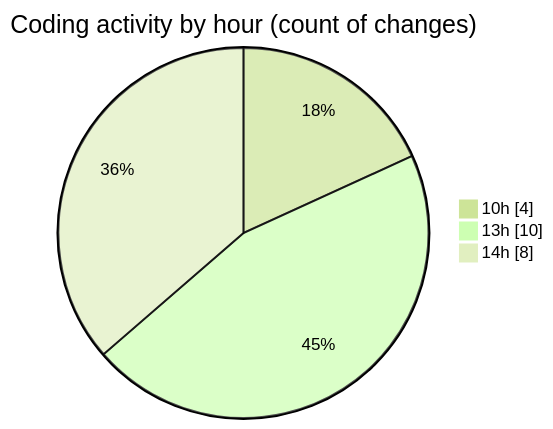
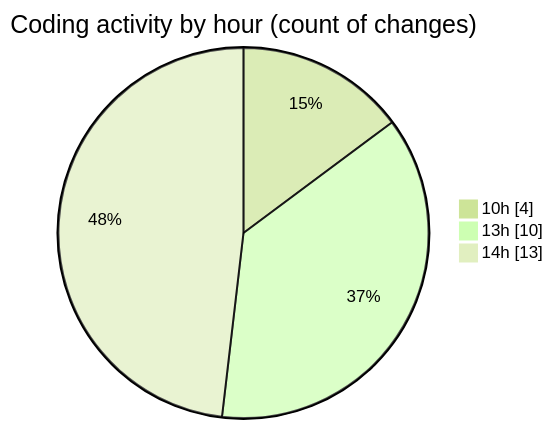
Before and after one commit to tmsrecording-cyber/code-tracking: the second of 2 diagrams in 2026-04-15/ai_news_simple/README.md, drawn with Mermaid (forest theme). The commit also changed other lines of this file and 1 other file, not shown here.

````diff
--- a/2026-04-15/ai_news_simple/README.md
+++ b/2026-04-15/ai_news_simple/README.md
@@ -41,7 +45,7 @@
 ```mermaid
 pie showData
 title Coding activity by hour (count of changes)
 "10h" : 4
 "13h" : 10
-"14h" : 8
+"14h" : 13
 ```
````
